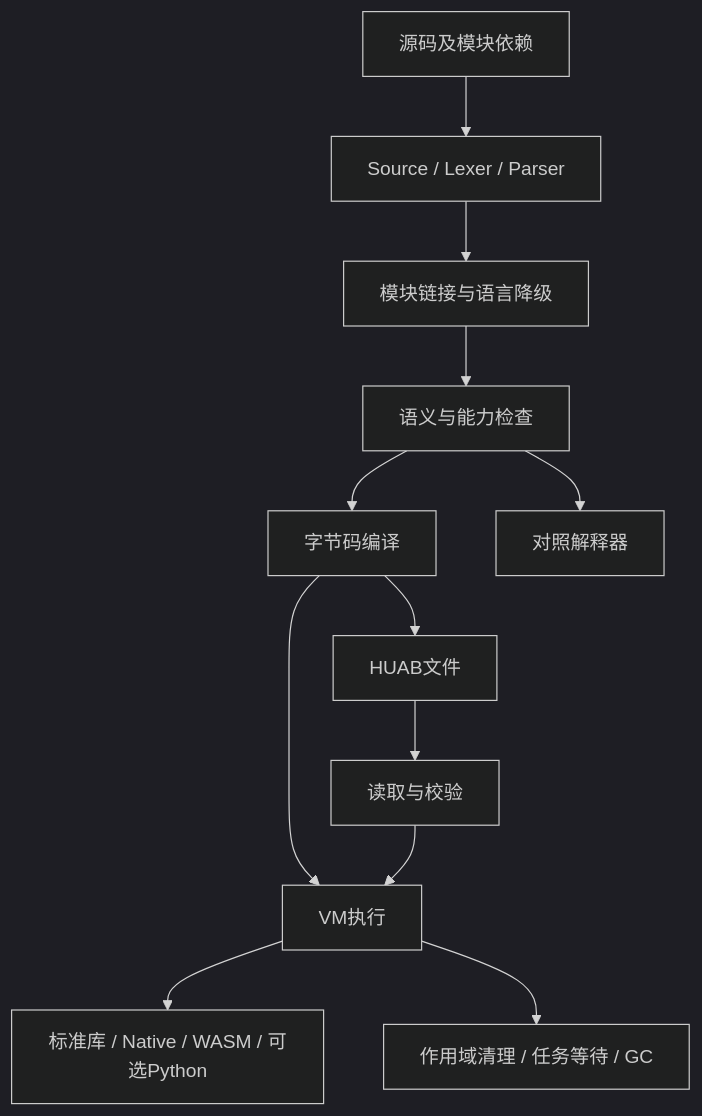
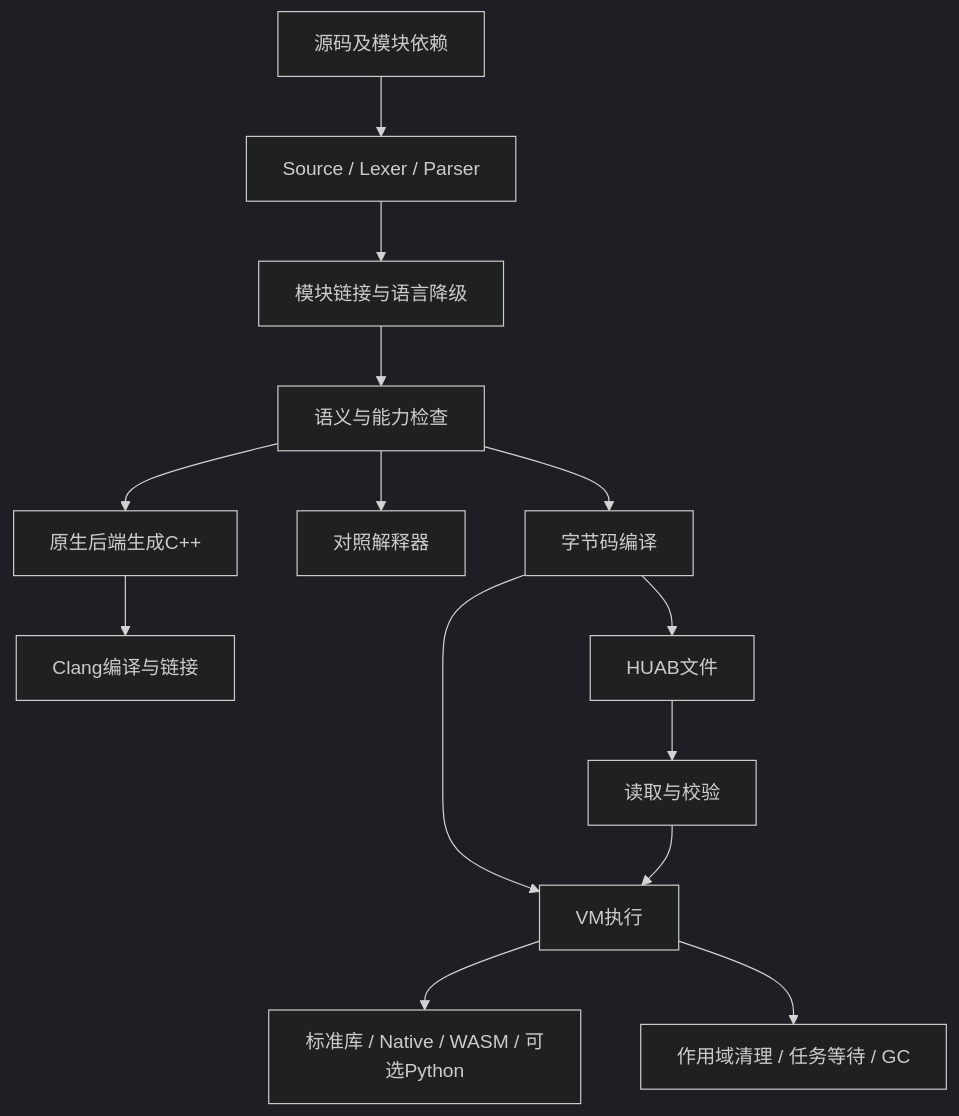
Before and after one commit to NssSSLY/Hua: the first of 2 diagrams in docs/语言百科与设计核对.md, drawn with Mermaid (dark theme). The commit also changed other lines of this file and 28 other files, not shown here.

````diff
--- a/docs/语言百科与设计核对.md
+++ b/docs/语言百科与设计核对.md
@@ -552,14 +505,16 @@
 ```mermaid
 flowchart TD
   A[源码及模块依赖] --> B[Source / Lexer / Parser]
   B --> C[模块链接与语言降级]
   C --> D[语义与能力检查]
   D --> E[字节码编译]
   E --> F[VM执行]
   D --> G[对照解释器]
+  D --> L[原生后端生成C++]
+  L --> M[Clang编译与链接]
   E --> H[HUAB文件]
   H --> I[读取与校验]
   I --> F
   F --> J[标准库 / Native / WASM / 可选Python]
   F --> K[作用域清理 / 任务等待 / GC]
 ```
````
